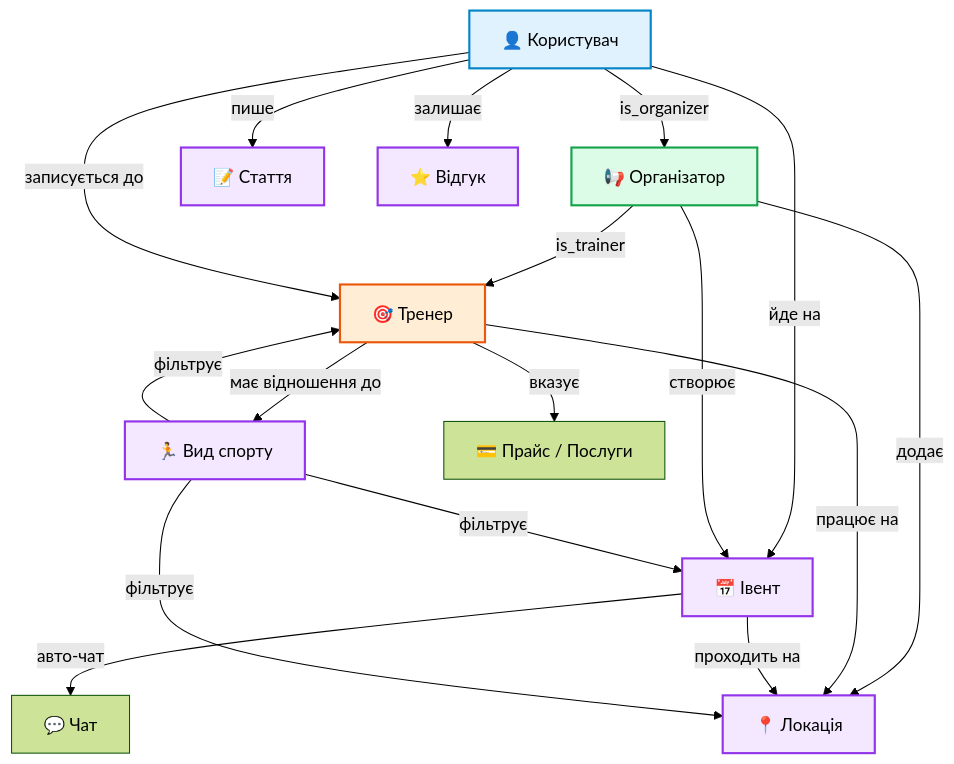
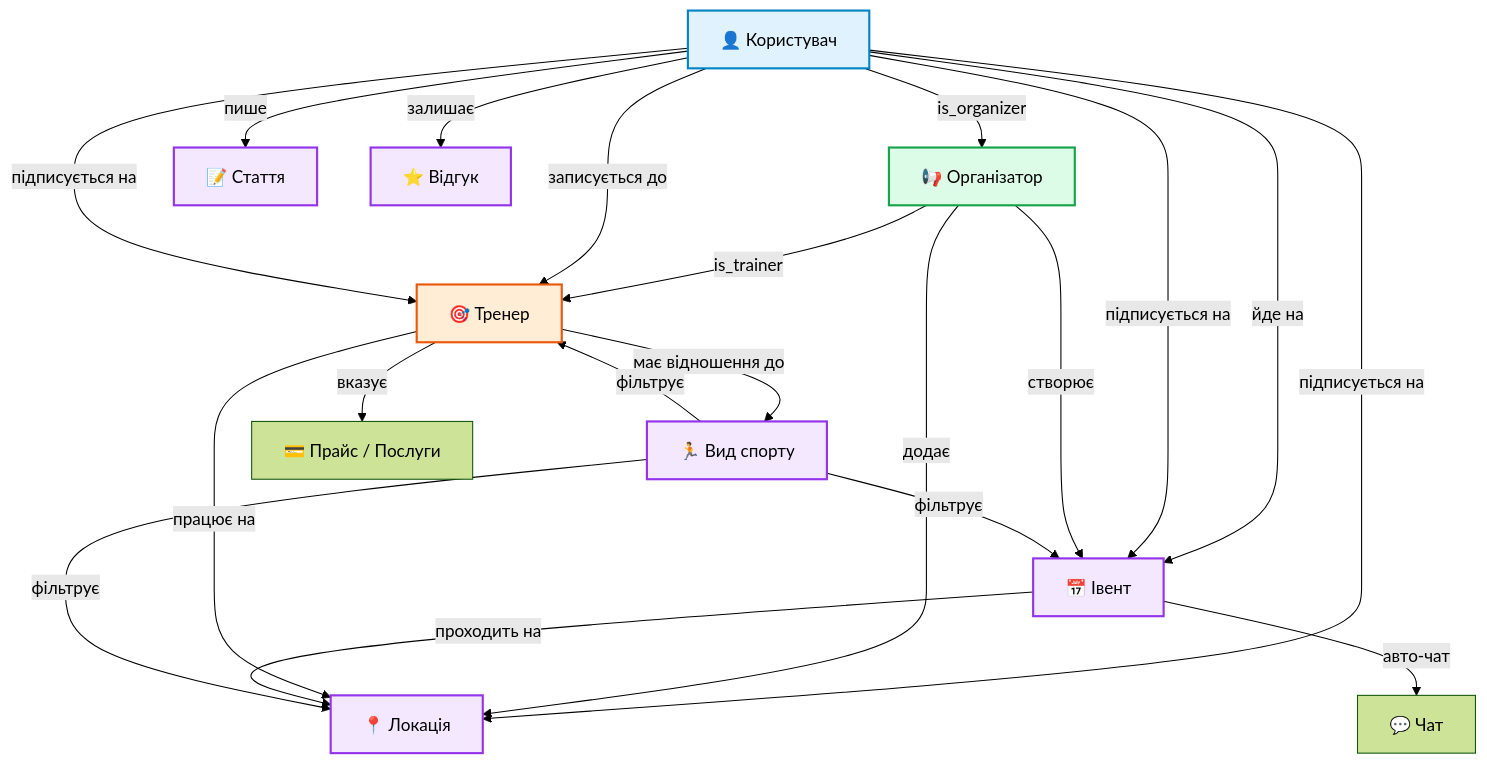
One commit to lingarmlana/na-sporti-documents changed the diagram in README.md. Above: the diagram before and after it, drawn with Mermaid (forest theme).

````diff
--- a/README.md
+++ b/README.md
@@ -3,28 +3,31 @@
 ```mermaid
 graph TD
     classDef base fill:#e0f2fe,stroke:#0284c7,stroke-width:2px;
     classDef org fill:#dcfce7,stroke:#16a34a,stroke-width:2px;
     classDef trainer fill:#ffedd5,stroke:#ea580c,stroke-width:2px;
     classDef content fill:#f3e8ff,stroke:#9333ea,stroke-width:2px;
 
     U[👤 Користувач]:::base -->|is_organizer| O[📢 Організатор]:::org
     O -->|is_trainer| T[🎯 Тренер]:::trainer
 
     U -->|пише| A[📝 Стаття]:::content
     U -->|залишає| R[⭐ Відгук]:::content
     U -->|йде на| E[📅 Івент]:::content
     U -->|записується до| T
+    U -->|підписується на| T
+    U -->|підписується на| E
+    U -->|підписується на| L
 
     O -->|створює| E
     O -->|додає| L[📍 Локація]:::content
 
     T -->|має відношення до| S[🏃 Вид спорту]:::content
     T -->|вказує| P[💳 Прайс / Послуги]
     T -->|працює на| L
 
     E -->|проходить на| L
     E -->|авто-чат| C[💬 Чат]
     S -->|фільтрує| E
     S -->|фільтрує| L
     S -->|фільтрує| T
 ```
````
